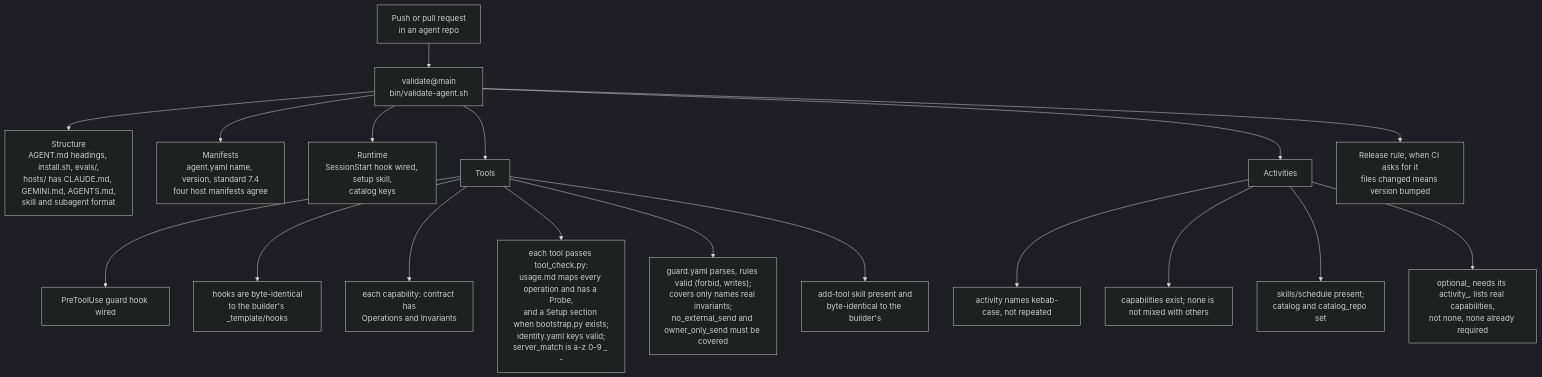
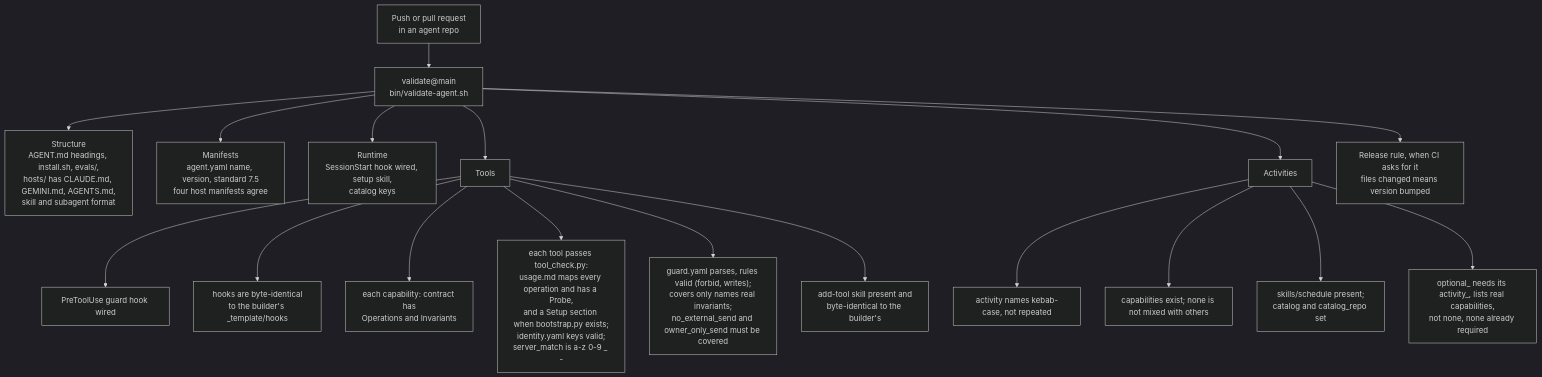
The second of 6 diagrams in docs/how-it-works.md (webspenser/agent-builder), drawn with Mermaid (dark theme) before and after one commit. The commit also changed other lines of this file and 11 other files, not shown here.

````diff
--- a/docs/how-it-works.md
+++ b/docs/how-it-works.md
@@ -206,20 +206,20 @@
 ```mermaid
 flowchart TD
   S["Push or pull request<br/>in an agent repo"] --> V["validate@main<br/>bin/validate-agent.sh"]
   V --> ST["Structure<br/>AGENT.md headings, install.sh, evals/,<br/>hosts/ has CLAUDE.md, GEMINI.md, AGENTS.md,<br/>skill and subagent format"]
-  V --> MF["Manifests<br/>agent.yaml name, version, standard 7.4<br/>four host manifests agree"]
+  V --> MF["Manifests<br/>agent.yaml name, version, standard 7.5<br/>four host manifests agree"]
   V --> RT["Runtime<br/>SessionStart hook wired, setup skill,<br/>catalog keys"]
   V --> TL["Tools"]
   V --> AC["Activities"]
   V --> BU["Release rule, when CI asks for it<br/>files changed means version bumped"]
   TL --> T1["PreToolUse guard hook wired"]
   TL --> T2["hooks are byte-identical<br/>to the builder's _template/hooks"]
   TL --> T3["each capability: contract has<br/>Operations and Invariants"]
   TL --> T4["each tool passes tool_check.py:<br/>usage.md maps every operation and has a Probe,<br/>and a Setup section when bootstrap.py exists;<br/>identity.yaml keys valid;<br/>server_match is a-z 0-9 _ -"]
   TL --> T5["guard.yaml parses, rules valid (forbid, writes);<br/>covers only names real invariants;<br/>no_external_send and owner_only_send must be covered"]
   TL --> T6["add-tool skill present and<br/>byte-identical to the builder's"]
   AC --> A1["activity names kebab-case, not repeated"]
   AC --> A2["capabilities exist; none is not mixed with others"]
   AC --> A3["skills/schedule present;<br/>catalog and catalog_repo set"]
   AC --> A4["optional_ needs its activity_, lists real capabilities,<br/>not none, none already required"]
 ```
````
